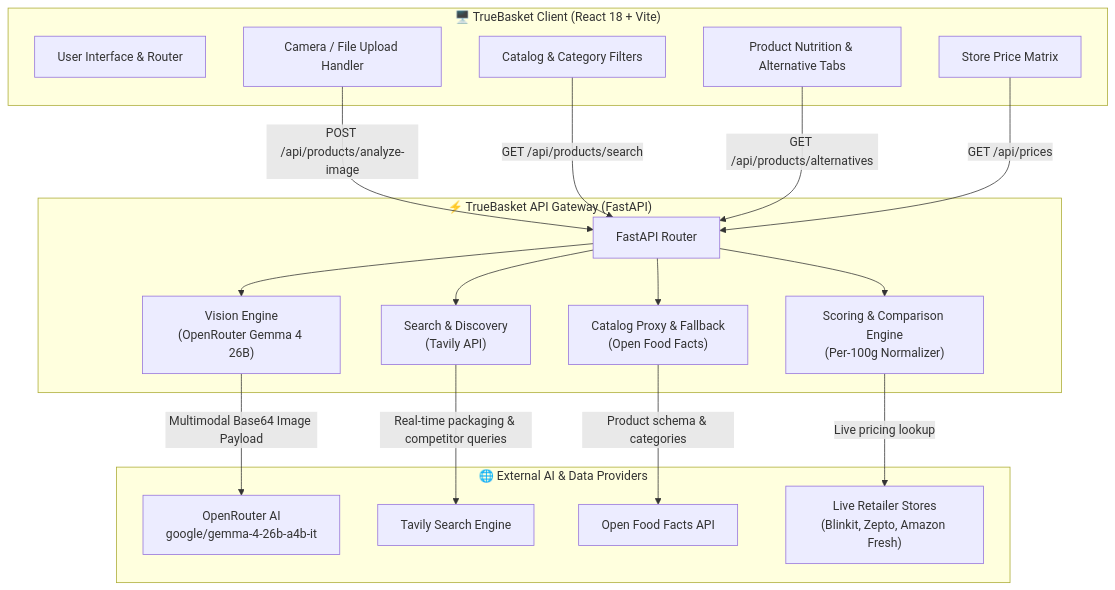
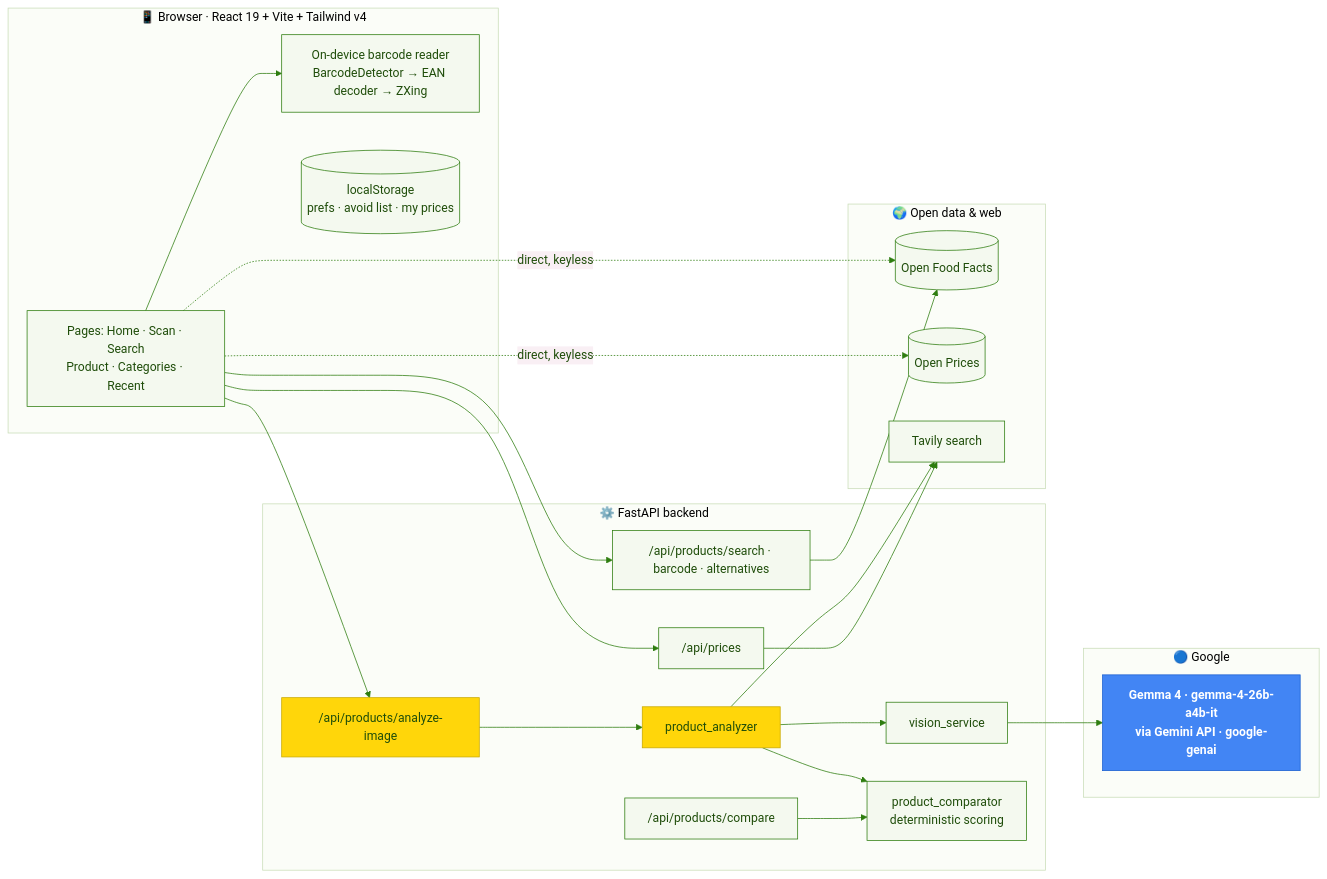
The first of 4 diagrams in README.md (1at24cs054-rgb/TrueBasket), drawn with Mermaid before and after one commit. The commit also changed other lines of this file and 10 other files, not shown here.

Commit message:
Hackathon README, visuals, MIT license; Gemma 4 via Gemini API; no invented prices

````diff
--- a/README.md
+++ b/README.md
@@ -47,43 +179,44 @@
 ```mermaid
-flowchart TB
-    subgraph Client["🖥️ TrueBasket Client (React 18 + Vite)"]
-        UI[User Interface & Router]
-        ScanModule[Camera / File Upload Handler]
-        SearchModule[Catalog & Category Filters]
-        CompareModule[Product Nutrition & Alternative Tabs]
-        PriceModule[Store Price Matrix]
+%%{init: {'theme':'base','themeVariables':{'primaryColor':'#F4F9EF','primaryBorderColor':'#2E7D0F','primaryTextColor':'#1F4D0A','lineColor':'#2E7D0F','clusterBkg':'#FBFDF8','clusterBorder':'#C9DDB8','fontFamily':'Poppins, Helvetica, sans-serif'}}}%%
+flowchart LR
+    subgraph Client["📱 Browser · React 19 + Vite + Tailwind v4"]
+        UI[Pages: Home · Scan · Search<br/>Product · Categories · Recent]
+        BC[On-device barcode reader<br/>BarcodeDetector → EAN decoder → ZXing]
+        LS[(localStorage<br/>prefs · avoid list · my prices)]
     end
 
-    subgraph Backend["⚡ TrueBasket API Gateway (FastAPI)"]
-        API[FastAPI Router]
-        VisionSvc["Vision Engine<br/>(OpenRouter Gemma 4 26B)"]
-        SearchSvc["Search & Discovery<br/>(Tavily API)"]
-        ProxySvc["Catalog Proxy & Fallback<br/>(Open Food Facts)"]
-        RankSvc["Scoring & Comparison Engine<br/>(Per-100g Normalizer)"]
+    subgraph API["⚙️ FastAPI backend"]
+        R1["/api/products/analyze-image"]
+        R2["/api/products/search · barcode · alternatives"]
+        R3["/api/products/compare"]
+        R4["/api/prices"]
+        VS[vision_service]
+        PA[product_analyzer]
+        PC[product_comparator<br/>deterministic scoring]
     end
 
-    subgraph External["🌐 External AI & Data Providers"]
-        OR["OpenRouter AI<br/>google/gemma-4-26b-a4b-it"]
-        TAV["Tavily Search Engine"]
-        OFF["Open Food Facts API"]
-        Stores["Live Retailer Stores<br/>(Blinkit, Zepto, Amazon Fresh)"]
+    subgraph Google["🔵 Google"]
+        GM[Gemma 4 · gemma-4-26b-a4b-it<br/>via Gemini API · google-genai]
     end
 
-    %% Client to Backend
-    ScanModule -->|"POST /api/products/analyze-image"| API
-    SearchModule -->|"GET /api/products/search"| API
-    CompareModule -->|"GET /api/products/alternatives"| API
-    PriceModule -->|"GET /api/prices"| API
+    subgraph Open["🌍 Open data & web"]
+        OFF[(Open Food Facts)]
+        OP[(Open Prices)]
+        TV[Tavily search]
+    end
 
-    %% Backend Services
-    API --> VisionSvc
-    API --> SearchSvc
-    API --> ProxySvc
-    API --> RankSvc
+    UI --> BC
+    UI --> R1 & R2 & R4
+    UI -. direct, keyless .-> OFF & OP
+    R1 --> PA --> VS --> GM
+    PA --> TV
+    PA --> PC
+    R3 --> PC
+    R2 --> OFF
+    R4 --> TV
 
-    %% Backend to External
-    VisionSvc -->|"Multimodal Base64 Image Payload"| OR
-    SearchSvc -->|"Real-time packaging & competitor queries"| TAV
-    ProxySvc -->|"Product schema & categories"| OFF
-    RankSvc -->|"Live pricing lookup"| Stores
+    classDef gemma fill:#4285F4,stroke:#1a5fd0,color:#fff,font-weight:bold
+    classDef hot fill:#FFD60A,stroke:#C9A800,color:#1F4D0A
+    class GM gemma
+    class R1,PA hot
 ```
````
